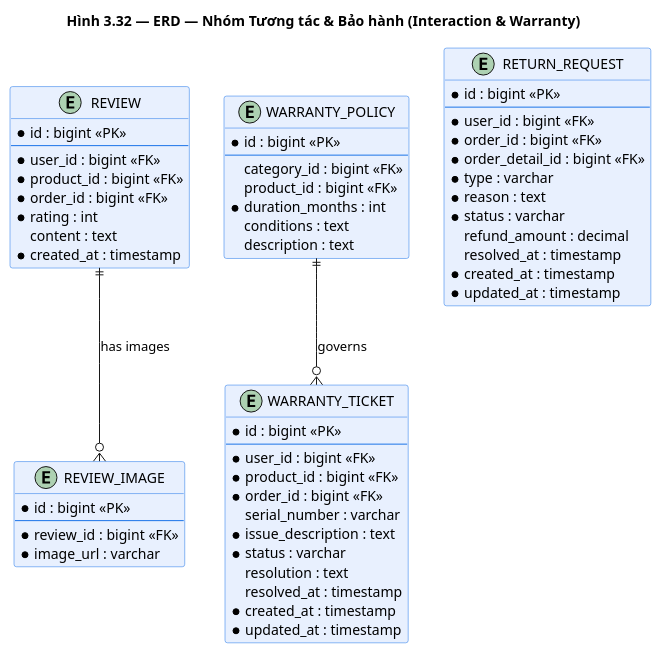
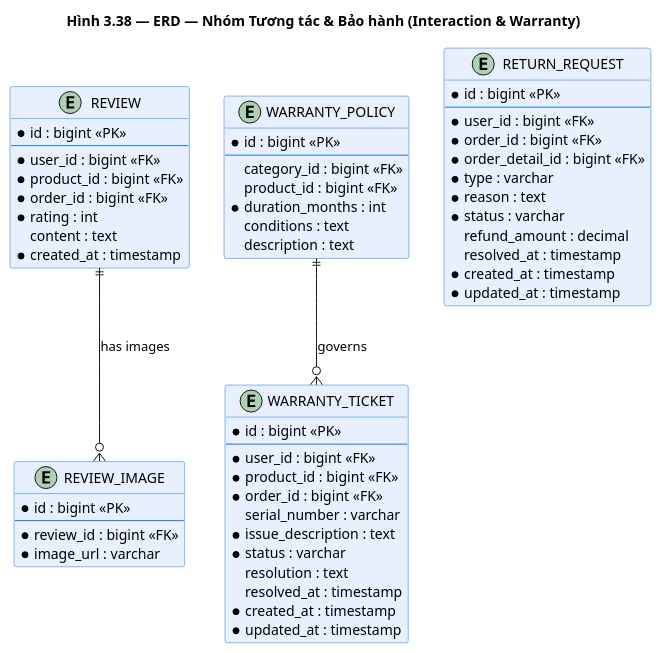
The diagram in docs/diagrams/erd_interaction_warranty.puml (huuhieu56/PC-Parts-ECommerce), drawn with PlantUML before and after one commit. The commit also changed 50 other files, not shown here.

```diff
--- a/docs/diagrams/erd_interaction_warranty.puml
+++ b/docs/diagrams/erd_interaction_warranty.puml
@@ -1,70 +1,70 @@
 @startuml erd_interaction_warranty
-title Hình 3.32 — ERD — Nhóm Tương tác & Bảo hành (Interaction & Warranty)
+title Hình 3.38 — ERD — Nhóm Tương tác & Bảo hành (Interaction & Warranty)
 
 skinparam class {
     BackgroundColor #E8F0FE
     BorderColor #1A73E8
 }
 
 entity "REVIEW" as review {
     * id : bigint <<PK>>
     --
     * user_id : bigint <<FK>>
     * product_id : bigint <<FK>>
     * order_id : bigint <<FK>>
     * rating : int
     content : text
     * created_at : timestamp
 }
 
 entity "REVIEW_IMAGE" as review_img {
     * id : bigint <<PK>>
     --
     * review_id : bigint <<FK>>
     * image_url : varchar
 }
 
 entity "WARRANTY_POLICY" as warranty_policy {
     * id : bigint <<PK>>
     --
     category_id : bigint <<FK>>
     product_id : bigint <<FK>>
     * duration_months : int
     conditions : text
     description : text
 }
 
 entity "WARRANTY_TICKET" as warranty_ticket {
     * id : bigint <<PK>>
     --
     * user_id : bigint <<FK>>
     * product_id : bigint <<FK>>
     * order_id : bigint <<FK>>
     serial_number : varchar
     * issue_description : text
     * status : varchar
     resolution : text
     resolved_at : timestamp
     * created_at : timestamp
     * updated_at : timestamp
 }
 
 entity "RETURN_REQUEST" as return_req {
     * id : bigint <<PK>>
     --
     * user_id : bigint <<FK>>
     * order_id : bigint <<FK>>
     * order_detail_id : bigint <<FK>>
     * type : varchar
     * reason : text
     * status : varchar
     refund_amount : decimal
     resolved_at : timestamp
     * created_at : timestamp
     * updated_at : timestamp
 }
 
 review ||--o{ review_img : "has images"
 warranty_policy ||--o{ warranty_ticket : "governs"
 
 @enduml
```
